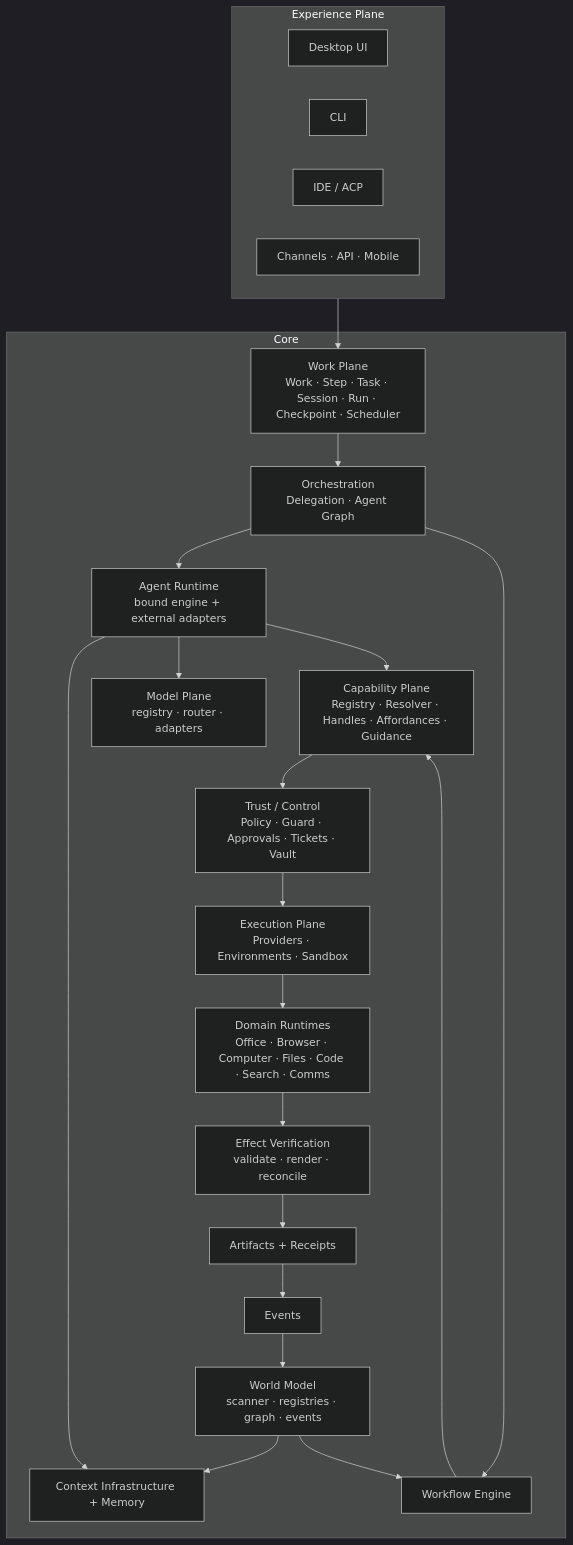
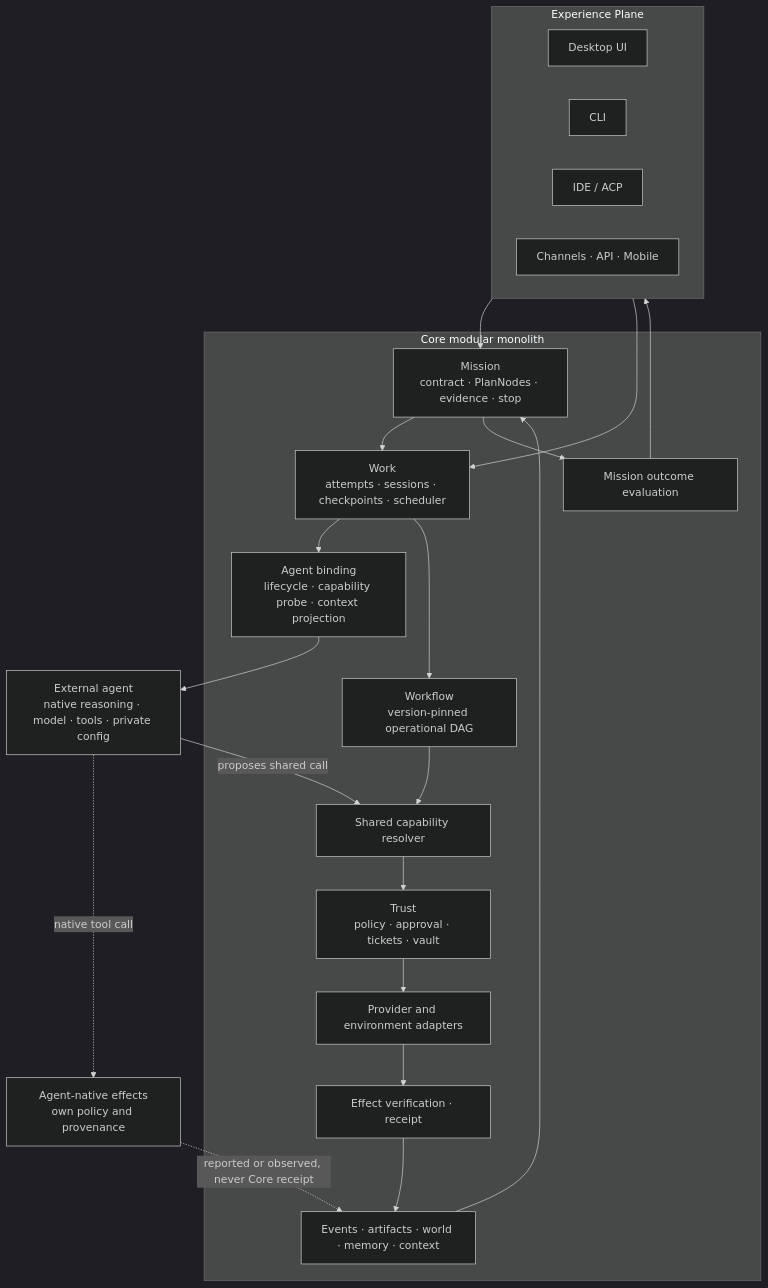
The first of 2 diagrams in ARCH/03-HLD.md (sarv-projects/agentcowork), drawn with Mermaid (dark theme) before and after one commit. The commit also changed other lines of this file and 18 other files, not shown here.

Commit message:
arch: reconcile mission and experience contracts with delivery plan

````diff
--- a/ARCH/03-HLD.md
+++ b/ARCH/03-HLD.md
@@ -13,44 +13,42 @@
 ```mermaid
 flowchart TB
   subgraph XP["Experience Plane"]
     UID["Desktop UI"]
     CLI["CLI"]
     IDE["IDE / ACP"]
     CH["Channels · API · Mobile"]
   end
 
-  subgraph CORE["Core"]
-    WORK["Work Plane<br/>Work · Step · Task · Session · Run · Checkpoint · Scheduler"]
-    ORCH["Orchestration<br/>Delegation · Agent Graph"]
-    AGX["Agent Runtime<br/>bound engine + external adapters"]
-    CTX["Context Infrastructure + Memory"]
-    MODELS["Model Plane<br/>registry · router · adapters"]
-    CAP["Capability Plane<br/>Registry · Resolver · Handles · Affordances · Guidance"]
-    TRUST["Trust / Control<br/>Policy · Guard · Approvals · Tickets · Vault"]
-    EXEC["Execution Plane<br/>Providers · Environments · Sandbox"]
-    DOM["Domain Runtimes<br/>Office · Browser · Computer · Files · Code · Search · Comms"]
-    WF["Workflow Engine"]
-    WORLD["World Model<br/>scanner · registries · graph · events"]
-    VER["Effect Verification<br/>validate · render · reconcile"]
-    ART["Artifacts + Receipts"]
-    EVT["Events"]
+  subgraph CORE["Core modular monolith"]
+    M["Mission<br/>contract · PlanNodes · evidence · stop"]
+    W["Work<br/>attempts · sessions · checkpoints · scheduler"]
+    B["Agent binding<br/>lifecycle · capability probe · context projection"]
+    WF["Workflow<br/>version-pinned operational DAG"]
+    C["Shared capability resolver"]
+    T["Trust<br/>policy · approval · tickets · vault"]
+    P["Provider and environment adapters"]
+    V["Effect verification · receipt"]
+    E["Events · artifacts · world · memory · context"]
+    O["Mission outcome evaluation"]
   end
+  A["External agent<br/>native reasoning · model · tools · private config"]
+  N["Agent-native effects<br/>own policy and provenance"]
 
-  XP --> WORK
-  WORK --> ORCH
-  ORCH --> AGX
-  ORCH --> WF
-  AGX --> CTX
-  AGX --> MODELS
-  AGX --> CAP
-  WF --> CAP
-  CAP --> TRUST
-  TRUST --> EXEC
-  EXEC --> DOM
-  DOM --> VER
-  VER --> ART
-  ART --> EVT
-  WORLD --> CTX
-  WORLD --> WF
-  EVT --> WORLD
+  XP --> M
+  XP --> W
+  M --> W
+  W --> B
+  W --> WF
+  B --> A
+  A -->|proposes shared call| C
+  A -.->|native tool call| N
+  WF --> C
+  C --> T
+  T --> P
+  P --> V
+  V --> E
+  E --> M
+  M --> O
+  O --> XP
+  N -.->|reported or observed, never Core receipt| E
 ```
````
